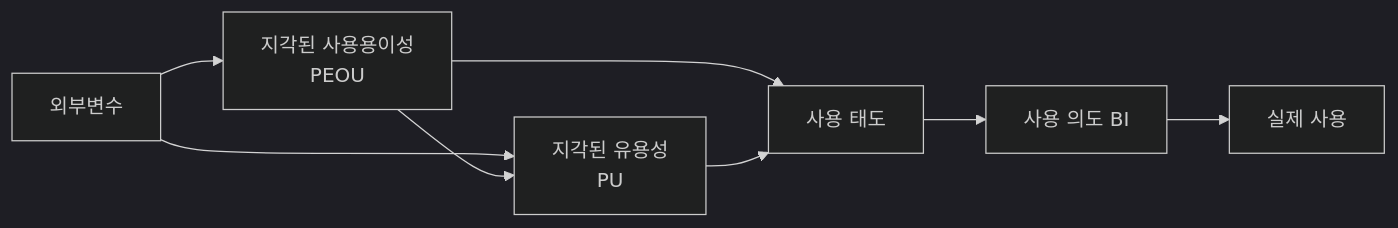
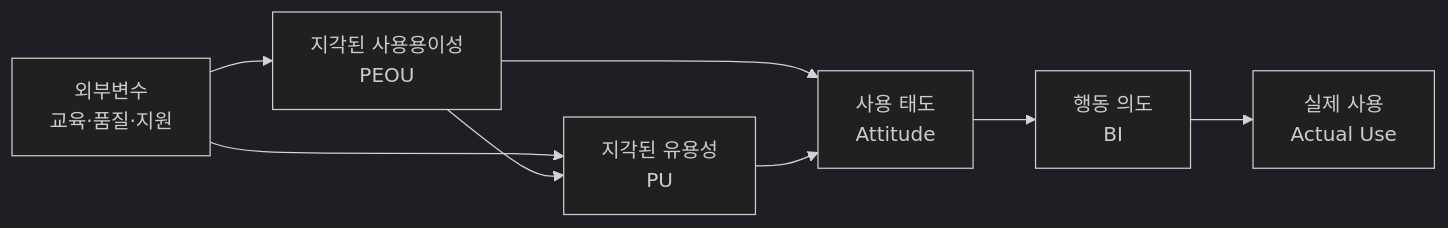
The diagram in content/technology-acceptance-model.md (coninggu/wjdqhrhksflrltnftk), drawn with Mermaid (dark theme) before and after one commit. The commit also changed other lines of this file and 6 other files, not shown here.

````diff
--- a/content/technology-acceptance-model.md
+++ b/content/technology-acceptance-model.md
@@ -14,10 +15,10 @@
 ```mermaid
 flowchart LR
-  EX[외부변수] --> EU[지각된 사용용이성<br/>PEOU]
+  EX[외부변수<br/>교육·품질·지원] --> EU[지각된 사용용이성<br/>PEOU]
   EX --> U[지각된 유용성<br/>PU]
   EU --> U
-  EU --> A[사용 태도]
+  EU --> A[사용 태도<br/>Attitude]
   U --> A
-  A --> I[사용 의도 BI]
-  I --> B[실제 사용]
+  A --> I[행동 의도<br/>BI]
+  I --> B[실제 사용<br/>Actual Use]
 ```
````
